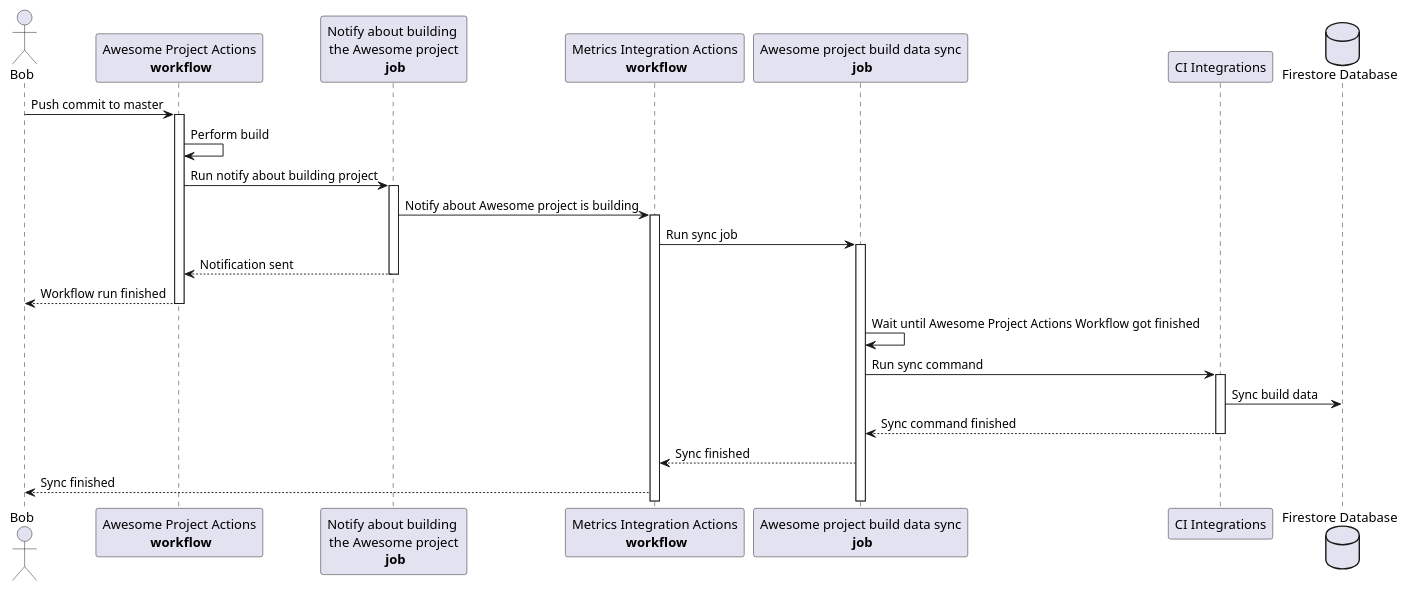
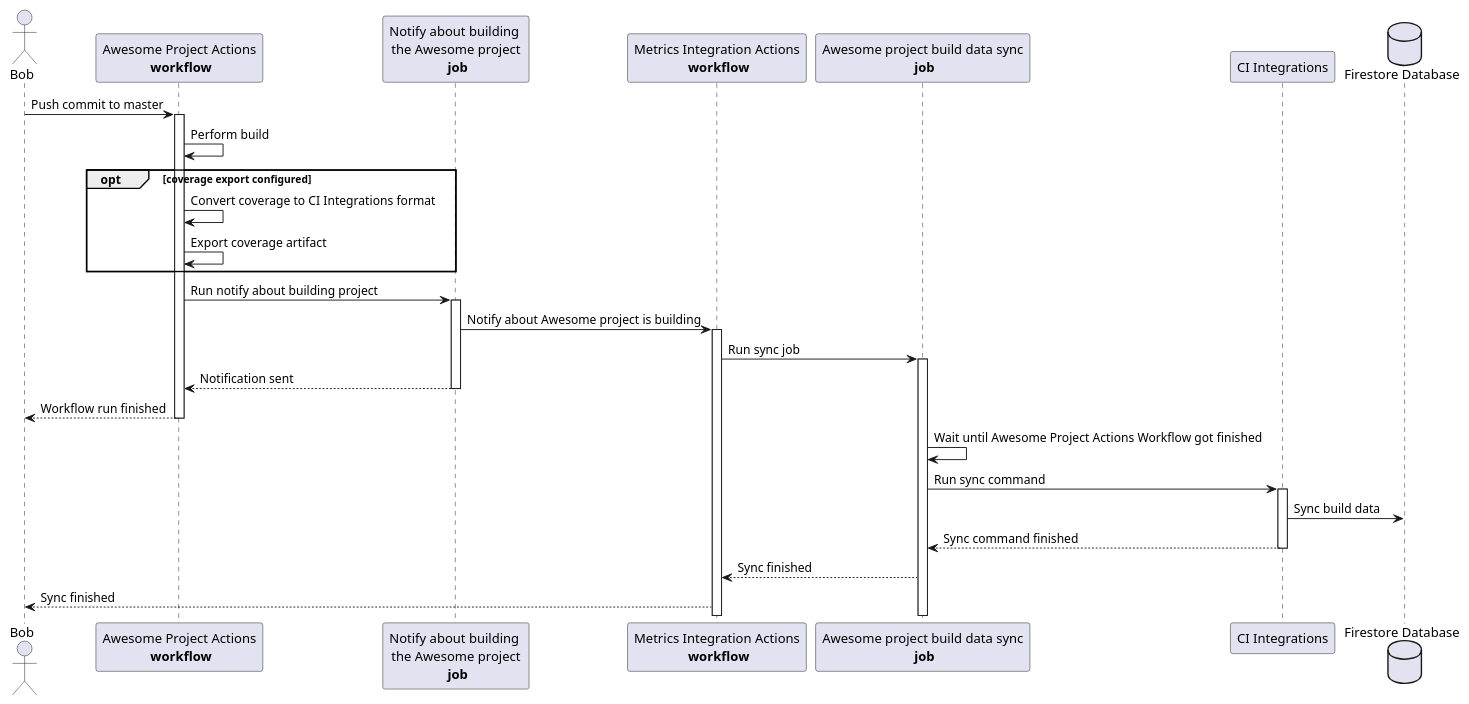
One commit to Flank/flank-dashboard changed the diagram in docs/diagrams/github_actions_sequence_diagram.puml. Above: the diagram before and after it, drawn with PlantUML. The commit also changed 1 other file, not shown here.

```diff
--- a/docs/diagrams/github_actions_sequence_diagram.puml
+++ b/docs/diagrams/github_actions_sequence_diagram.puml
@@ -1,44 +1,49 @@
 @startuml github_actions_sequence_diagram
 
 actor Bob
 
 participant "Awesome Project Actions\n **workflow**" as AwesomeWorkflow
 participant "Notify about building \nthe Awesome project\n **job**" as NotifyBuilding
 
 participant "Metrics Integration Actions\n **workflow**" as IntegrationsWorkflow
 participant "Awesome project build data sync\n **job**" as AwesomeSync
 participant "CI Integrations" as CiIntegrations
 
 database "Firestore Database" as Firestore
 
 
 Bob -> AwesomeWorkflow : Push commit to master
 activate AwesomeWorkflow
 AwesomeWorkflow -> AwesomeWorkflow : Perform build
+
+opt coverage export configured
+    AwesomeWorkflow -> AwesomeWorkflow : Convert coverage to CI Integrations format
+    AwesomeWorkflow -> AwesomeWorkflow : Export coverage artifact
+end
 
 AwesomeWorkflow -> NotifyBuilding : Run notify about building project
 activate NotifyBuilding
 
 NotifyBuilding -> IntegrationsWorkflow : Notify about Awesome project is building
 activate IntegrationsWorkflow
 
 IntegrationsWorkflow -> AwesomeSync : Run sync job
 activate AwesomeSync
 
 NotifyBuilding --> AwesomeWorkflow : Notification sent
 deactivate NotifyBuilding
 
 AwesomeWorkflow --> Bob : Workflow run finished
 deactivate AwesomeWorkflow
 
 AwesomeSync -> AwesomeSync : Wait until Awesome Project Actions Workflow got finished
 
 AwesomeSync -> CiIntegrations : Run sync command
 activate CiIntegrations
 
 CiIntegrations -> Firestore : Sync build data
 return Sync command finished
 AwesomeSync --> IntegrationsWorkflow : Sync finished
 IntegrationsWorkflow --> Bob : Sync finished
 
 @enduml
```
